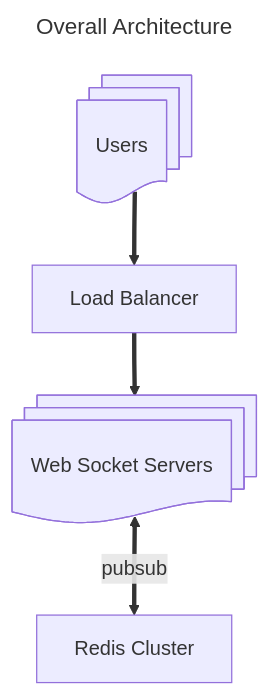
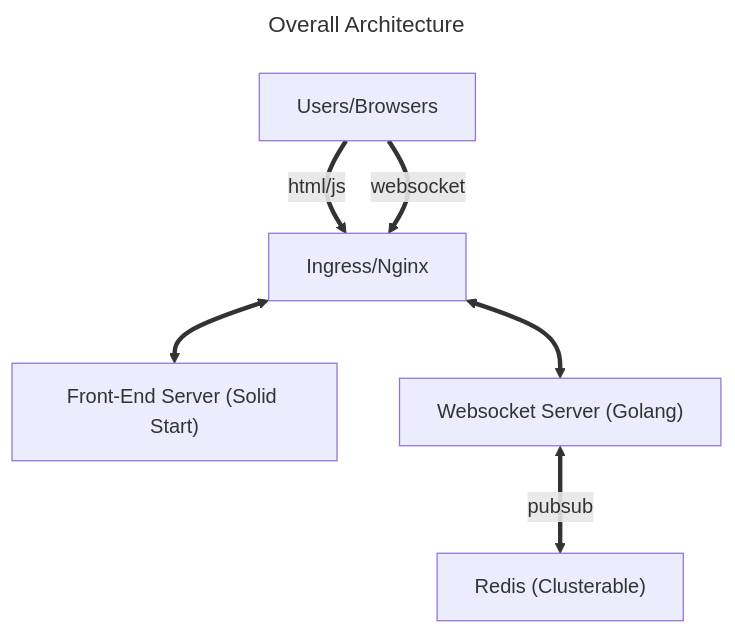
The second of 2 diagrams in SCALING_APP.md (Dissolutio/hexoscape), drawn with Mermaid before and after one commit.

Commit message:
add another mermaid diagram

````diff
--- a/SCALING_APP.md
+++ b/SCALING_APP.md
@@ -96,13 +96,16 @@
 ```mermaid
 ---
 title: Overall Architecture
 ---
 flowchart TB
-    users@{ shape: docs, label: "Users"}
-    lb["Load Balancer"]
-    wss@{ shape: docs, label: "Web Socket Servers"}
-    rc["Redis Cluster"]
-    users==>lb
-    lb==>wss
+    u["Users/Browsers"]
+    ng["Ingress/Nginx"]
+    fes["Front-End Server (Solid Start)"]
+    wss["Websocket Server (Golang)"]
+    rc["Redis (Clusterable)"]
+    u==>|"html/js"|ng
+    u==>|websocket|ng
+    ng<==>fes
+    ng<==>wss
     wss<==>|pubsub|rc
 ```
````
